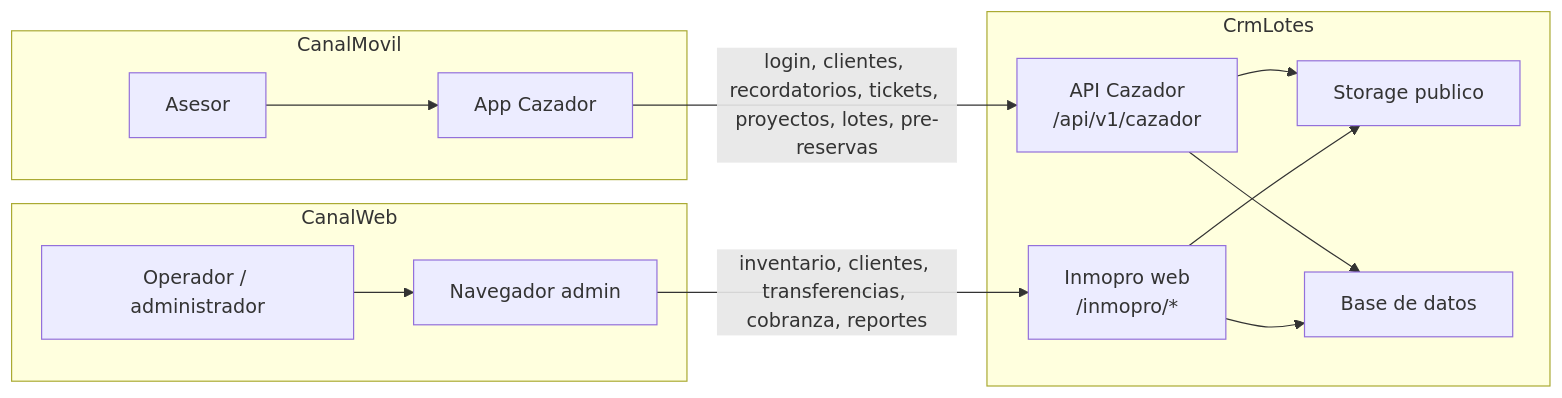
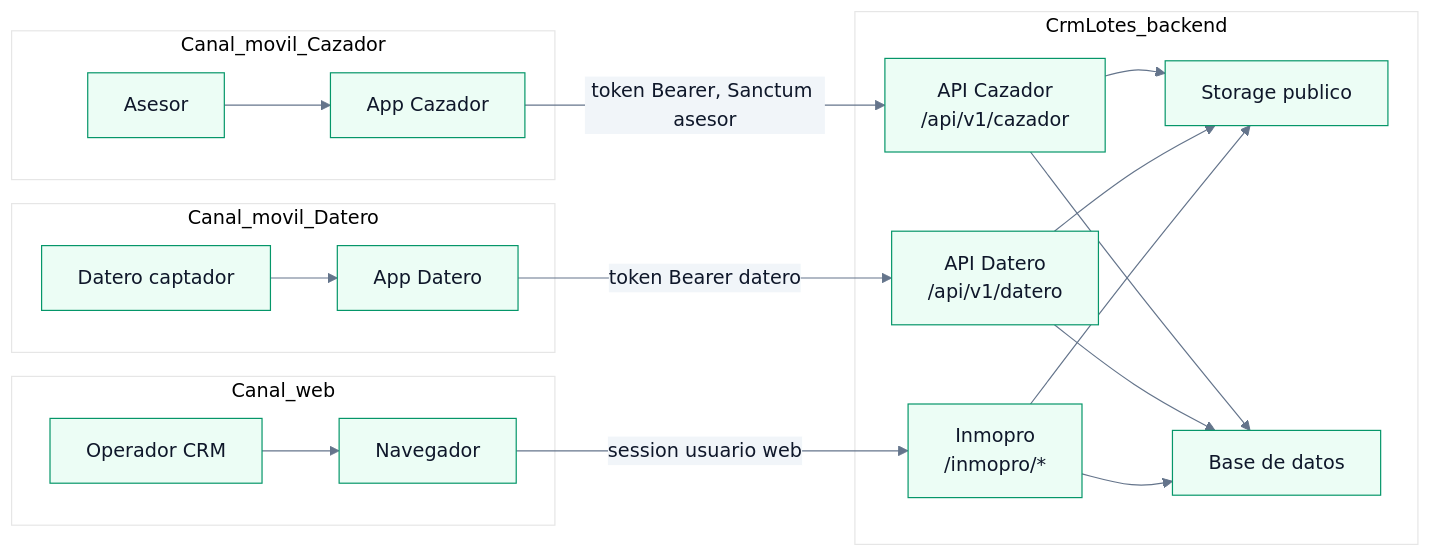
One commit to abitae/crm_lotes changed the first of 20 diagrams in docs/GRAFICO_PROCESOS_SISTEMA.md. Above: the diagram before and after it, drawn with Mermaid. The commit also changed other lines of this file and 54 other files, not shown here.

````diff
--- a/docs/GRAFICO_PROCESOS_SISTEMA.md
+++ b/docs/GRAFICO_PROCESOS_SISTEMA.md
@@ -11,28 +40,39 @@
 ```mermaid
+%%{init: {'theme':'base', 'themeVariables': {'primaryColor':'#ecfdf5','primaryTextColor':'#0f172a','primaryBorderColor':'#059669','lineColor':'#64748b','secondaryColor':'#f1f5f9','tertiaryColor':'#ffffff','fontFamily':'ui-sans-serif, system-ui'}}}%%
 flowchart LR
-    subgraph mobile [CanalMovil]
+    subgraph mobileCazador [Canal_movil_Cazador]
         advisorApp["App Cazador"]
         seller["Asesor"]
     end
 
-    subgraph web [CanalWeb]
-        browser["Navegador admin"]
-        operator["Operador / administrador"]
+    subgraph mobileDatero [Canal_movil_Datero]
+        dateroApp["App Datero"]
+        captador["Datero captador"]
     end
 
-    subgraph core [CrmLotes]
-        api["API Cazador\n/api/v1/cazador"]
-        inmopro["Inmopro web\n/inmopro/*"]
+    subgraph web [Canal_web]
+        browser["Navegador"]
+        operator["Operador CRM"]
+    end
+
+    subgraph core [CrmLotes_backend]
+        apiCaz["API Cazador\n/api/v1/cazador"]
+        apiDate["API Datero\n/api/v1/datero"]
+        inmopro["Inmopro\n/inmopro/*"]
         storage["Storage publico"]
         db["Base de datos"]
     end
 
     seller --> advisorApp
-    advisorApp -->|"login, clientes, recordatorios, tickets, proyectos, lotes, pre-reservas"| api
+    advisorApp -->|"token Bearer, Sanctum asesor"| apiCaz
+    captador --> dateroApp
+    dateroApp -->|"token Bearer datero"| apiDate
     operator --> browser
-    browser -->|"inventario, clientes, transferencias, cobranza, reportes"| inmopro
-    api --> db
+    browser -->|"session usuario web"| inmopro
+    apiCaz --> db
+    apiDate --> db
     inmopro --> db
-    api --> storage
+    apiCaz --> storage
+    apiDate --> storage
     inmopro --> storage
 ```
````
